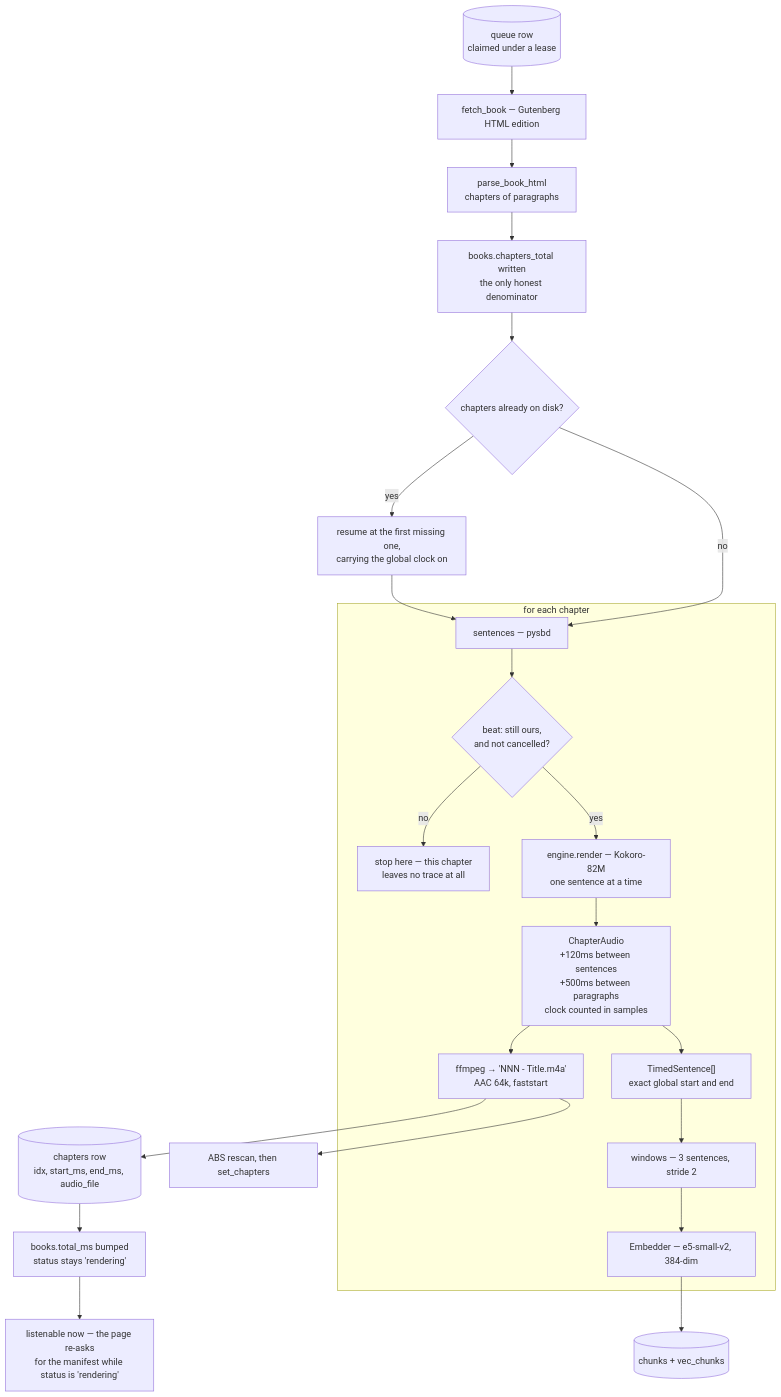
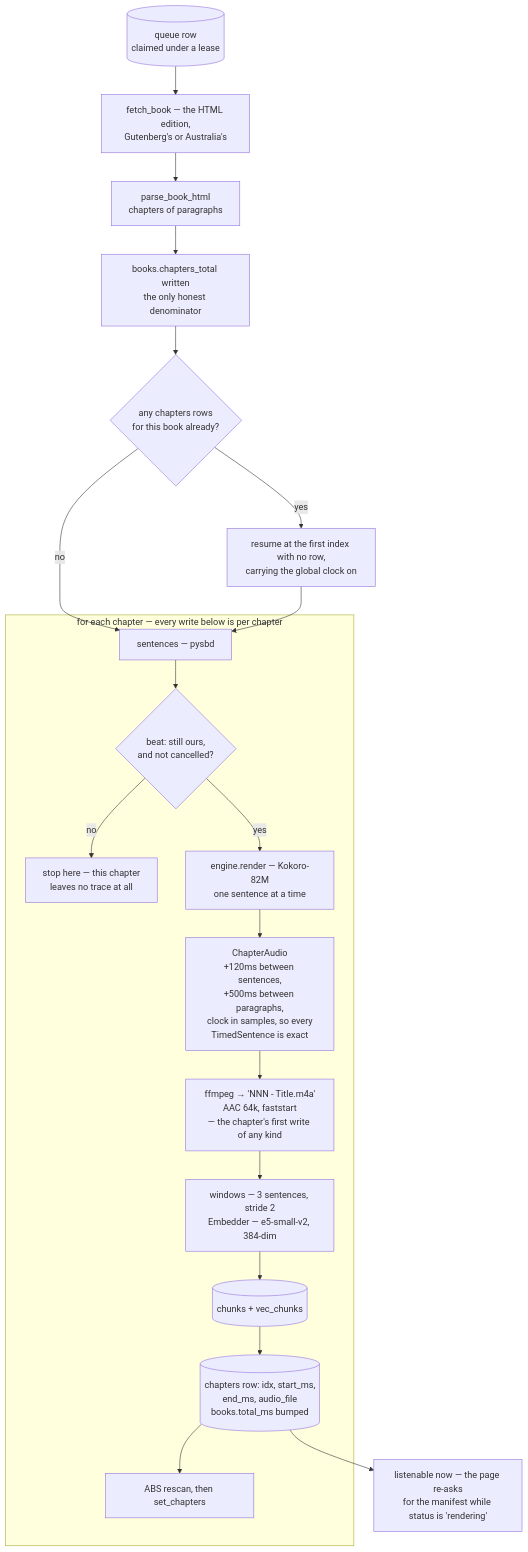
One commit to gilesknap/somnia changed the second of 5 diagrams in docs/explanations/architecture.md. Above: the diagram before and after it, drawn with Mermaid. The commit also changed other lines of this file, not shown here.

````diff
--- a/docs/explanations/architecture.md
+++ b/docs/explanations/architecture.md
@@ -123,27 +120,24 @@
 ```mermaid
 flowchart TD
-  Q[("queue row<br>claimed under a lease")] --> A
-  A["fetch_book — Gutenberg HTML edition"] --> B["parse_book_html<br>chapters of paragraphs"]
+  Q[("queue row<br>claimed under a lease")] --> A["fetch_book — the HTML edition,<br>Gutenberg's or Australia's"]
+  A --> B["parse_book_html<br>chapters of paragraphs"]
   B --> T["books.chapters_total written<br>the only honest denominator"]
-  T --> R{"chapters already on disk?"}
-  R -->|"yes"| S["resume at the first missing one,<br>carrying the global clock on"]
+  T --> R{"any chapters rows<br>for this book already?"}
+  R -->|"yes"| S["resume at the first index with no row,<br>carrying the global clock on"]
   R -->|"no"| C
   S --> C
 
-  subgraph loop["for each chapter"]
+  subgraph loop["for each chapter — every write below is per chapter"]
     C["sentences — pysbd"] --> P{"beat: still ours,<br>and not cancelled?"}
     P -->|"no"| X["stop here — this chapter<br>leaves no trace at all"]
     P -->|"yes"| D["engine.render — Kokoro-82M<br>one sentence at a time"]
-    D --> E["ChapterAudio<br>+120ms between sentences<br>+500ms between paragraphs<br>clock counted in samples"]
-    E --> F["ffmpeg → 'NNN - Title.m4a'<br>AAC 64k, faststart"]
-    E --> G["TimedSentence[]<br>exact global start and end"]
-    G --> H["windows — 3 sentences, stride 2"]
-    H --> I["Embedder — e5-small-v2, 384-dim"]
+    D --> E["ChapterAudio<br>+120ms between sentences,<br>+500ms between paragraphs,<br>clock in samples, so every<br>TimedSentence is exact"]
+    E --> F["ffmpeg → 'NNN - Title.m4a'<br>AAC 64k, faststart<br>— the chapter's first write of any kind"]
+    F --> H["windows — 3 sentences, stride 2<br>Embedder — e5-small-v2, 384-dim"]
+    H --> J[("chunks + vec_chunks")]
+    J --> K[("chapters row: idx, start_ms,<br>end_ms, audio_file<br>books.total_ms bumped")]
+    K --> M["ABS rescan, then set_chapters"]
   end
 
-  I --> J[("chunks + vec_chunks")]
-  F --> K[("chapters row<br>idx, start_ms, end_ms, audio_file")]
-  K --> L["books.total_ms bumped<br>status stays 'rendering'"]
-  F --> M["ABS rescan, then set_chapters"]
-  L --> N["listenable now — the page re-asks<br>for the manifest while status is 'rendering'"]
+  K --> N["listenable now — the page re-asks<br>for the manifest while status is 'rendering'"]
 ```
````
